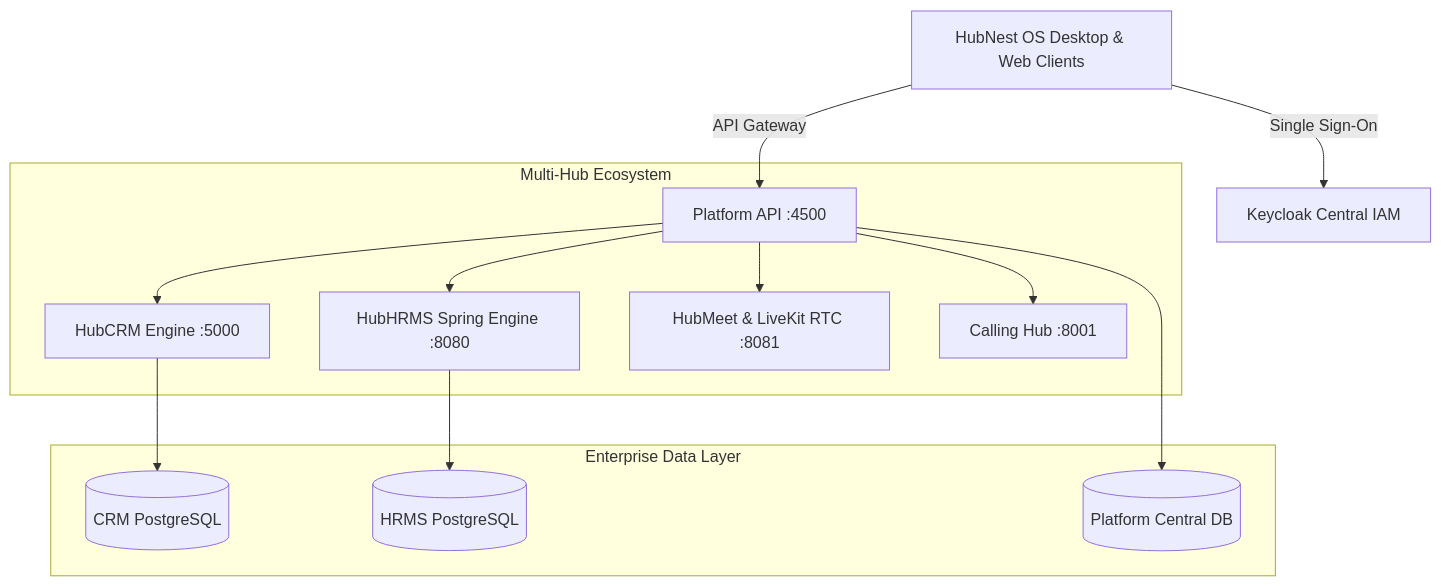
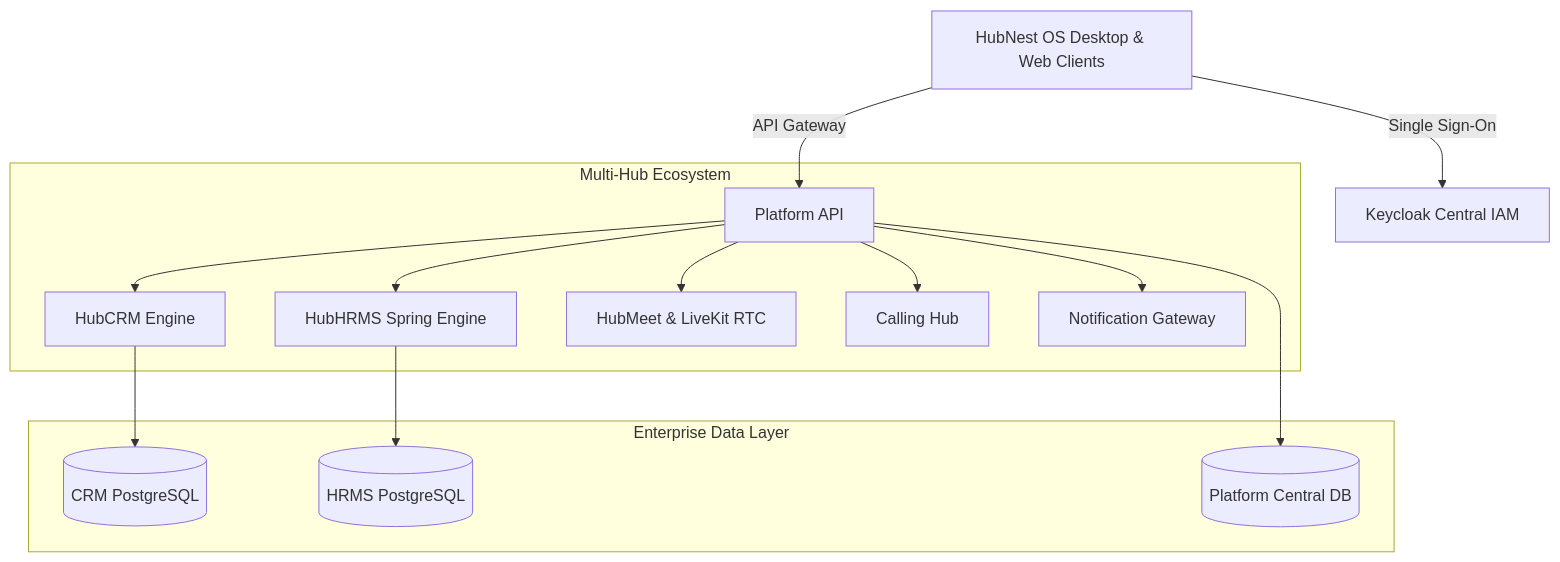
Before and after one commit to SRJ-GROUP/hubnest_user_guide: the diagram in docs/index.md, drawn with Mermaid. The commit also changed 4 other files, not shown here.

````diff
--- a/docs/index.md
+++ b/docs/index.md
@@ -161,18 +161,19 @@
 ```mermaid
 graph TD
     Client[HubNest OS Desktop & Web Clients] -->|Single Sign-On| KC[Keycloak Central IAM]
-    Client -->|API Gateway| PlatApi[Platform API :4500]
+    Client -->|API Gateway| PlatApi[Platform API]
     
     subgraph Multi-Hub Ecosystem
-        PlatApi --> CRM[HubCRM Engine :5000]
-        PlatApi --> HRMS[HubHRMS Spring Engine :8080]
-        PlatApi --> Meet[HubMeet & LiveKit RTC :8081]
-        PlatApi --> VoIP[Calling Hub :8001]
+        PlatApi --> CRM[HubCRM Engine]
+        PlatApi --> HRMS[HubHRMS Spring Engine]
+        PlatApi --> Meet[HubMeet & LiveKit RTC]
+        PlatApi --> Calling[Calling Hub]
+        PlatApi --> Notification[Notification Gateway]
     end
     
     subgraph Enterprise Data Layer
         CRM --> CRM_DB[(CRM PostgreSQL)]
         HRMS --> HRMS_DB[(HRMS PostgreSQL)]
         PlatApi --> Plat_DB[(Platform Central DB)]
     end
 ```
````
